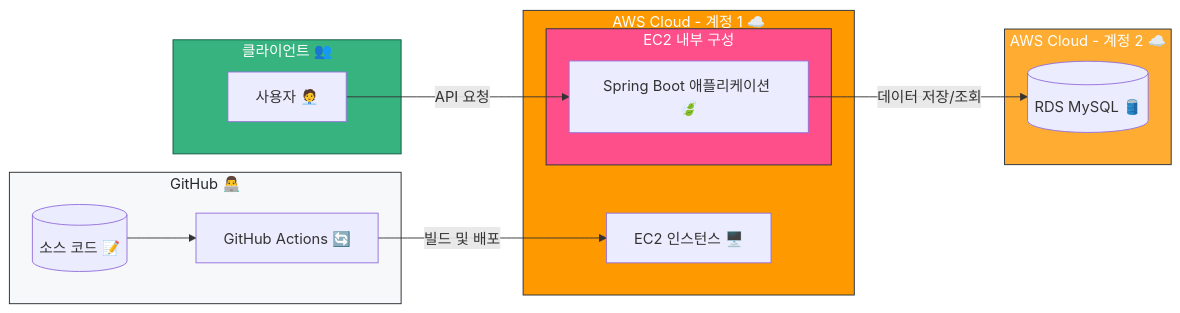
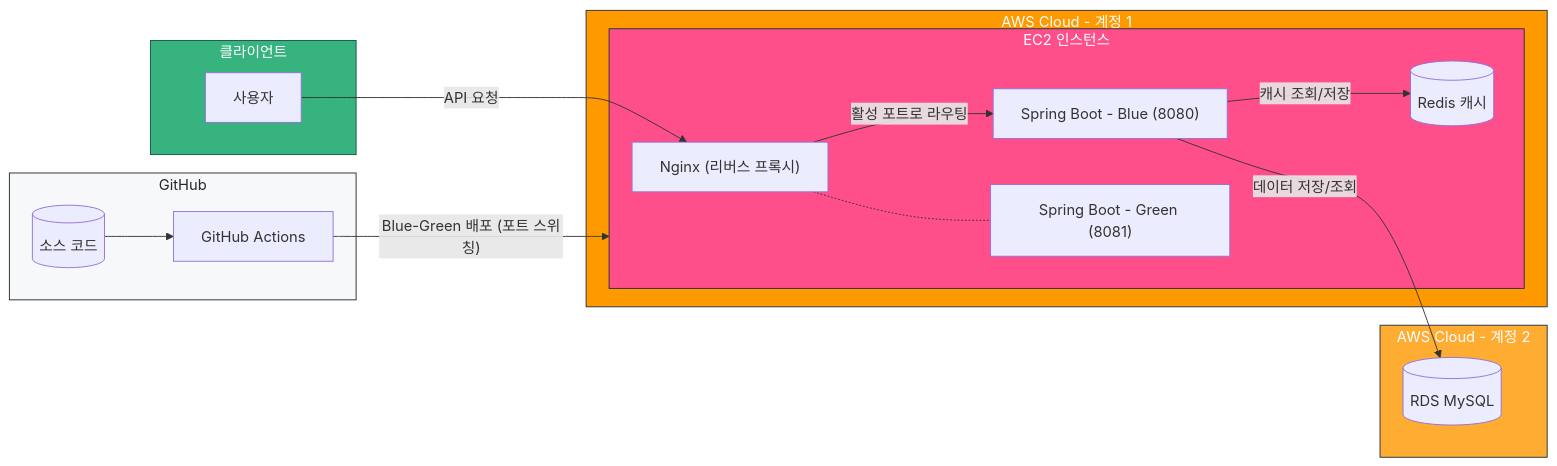
The second of 2 diagrams in README.md (woojung840511/group-wise-wj), drawn with Mermaid before and after one commit. The commit also changed other lines of this file, not shown here.

````diff
--- a/README.md
+++ b/README.md
@@ -282,39 +347,44 @@
 ```mermaid
 flowchart LR
-    subgraph GitHub["GitHub 👨‍💻"]
-        code[("소스 코드 📝")]
-        action["GitHub Actions 🔄"]
+    subgraph GitHub["GitHub"]
+        code[("소스 코드")]
+        action["GitHub Actions"]
     end
     
-    subgraph AWS_1["AWS Cloud - 계정 1 ☁️"]
-        ec2["EC2 인스턴스 🖥️"]
-        subgraph EC2_Content["EC2 내부 구성"]
-            spring["Spring Boot 애플리케이션 🍃"]
+    subgraph AWS_1["AWS Cloud - 계정 1"]
+        subgraph EC2_Content["EC2 인스턴스"]
+            nginx["Nginx (리버스 프록시)"]
+            blue["Spring Boot - Blue (8080)"]
+            green["Spring Boot - Green (8081)"]
+            redis[("Redis 캐시")]
         end
     end
     
-    subgraph AWS_2["AWS Cloud - 계정 2 ☁️"]
-        rds[("RDS MySQL 🛢️")]
+    subgraph AWS_2["AWS Cloud - 계정 2"]
+        rds[("RDS MySQL")]
     end
     
-    subgraph Client["클라이언트 👥"]
-        user["사용자 🧑‍💼"]
+    subgraph Client["클라이언트"]
+        user["사용자"]
     end
     
     code --> action
-    action -- "빌드 및 배포" --> ec2
-    spring -- "데이터 저장/조회" --> rds
-    user -- "API 요청" --> spring
+    action -- "Blue-Green 배포 (포트 스위칭)" --> EC2_Content
+    nginx -- "활성 포트로 라우팅" --> blue
+    nginx -.- green
+    blue -- "캐시 조회/저장" --> redis
+    blue -- "데이터 저장/조회" --> rds
+    user -- "API 요청" --> nginx
     
     classDef github fill:#f6f8fa,stroke:#24292e,color:#24292e
     classDef aws1 fill:#FF9900,stroke:#232F3E,color:white
     classDef aws2 fill:#FFAC33,stroke:#232F3E,color:white
     classDef ec2 fill:#FF4F8B,stroke:#232F3E,color:white
     classDef client fill:#36B37E,stroke:#135643,color:white
     
     class GitHub github
     class AWS_1 aws1
     class AWS_2 aws2
     class EC2_Content ec2
     class Client client
 ```
````
